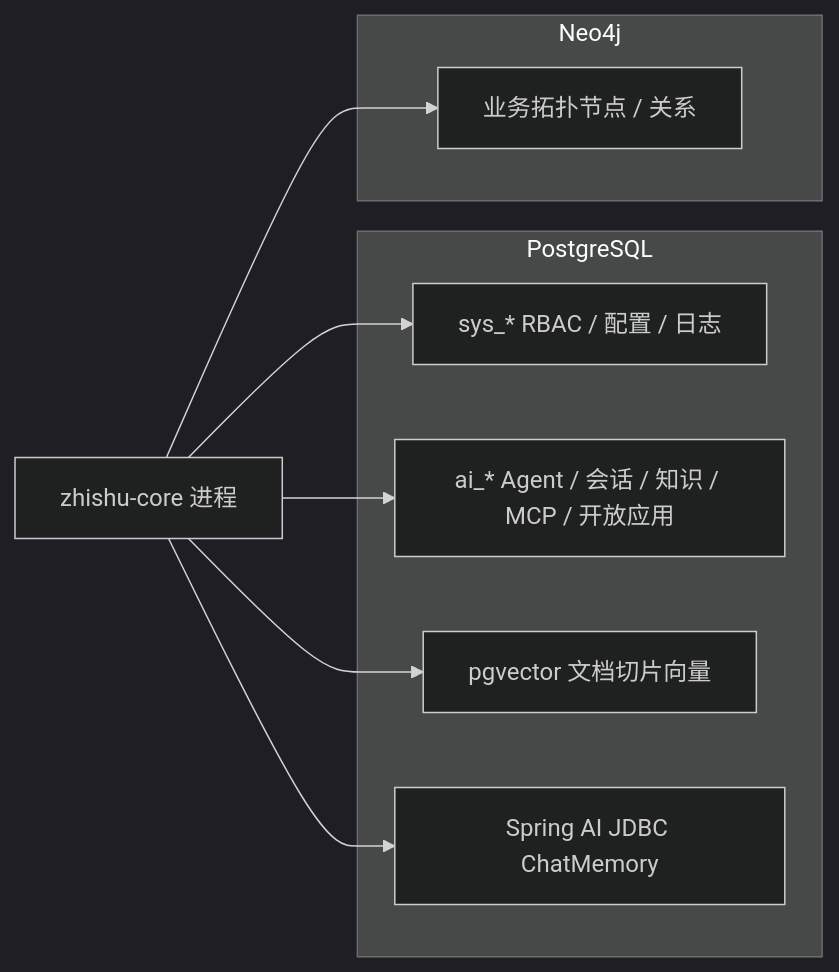
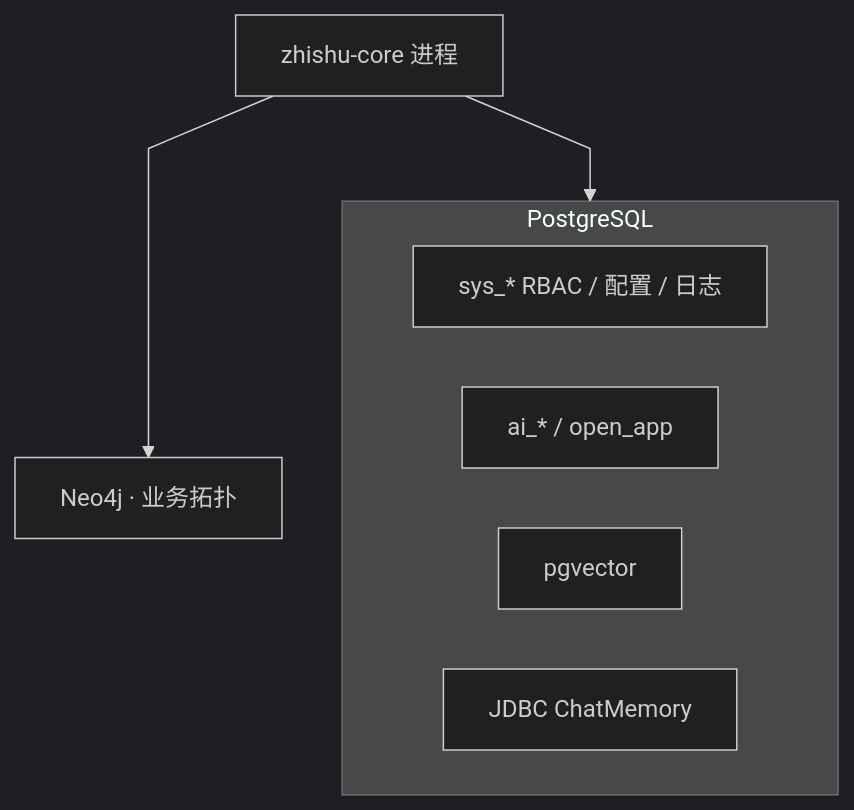
Diagram 11 of 11 in zhishu-backend/README.md (DataFutureX/zhishu-integrable-framework), drawn with Mermaid (dark theme) before and after one commit. The commit also changed other lines of this file and 83 other files, not shown here.

````diff
--- a/zhishu-backend/README.md
+++ b/zhishu-backend/README.md
@@ -330,19 +518,18 @@
 ```mermaid
-flowchart LR
+%%{init: {"flowchart": {"nodeSpacing": 40, "rankSpacing": 70, "curve": "linear"}}}%%
+flowchart TB
+  App["zhishu-core 进程"]
+
   subgraph PG["PostgreSQL"]
+    direction LR
     Sys["sys_* RBAC / 配置 / 日志"]
-    AITab["ai_* Agent / 会话 / 知识 / MCP / 开放应用"]
-    Vec["pgvector 文档切片向量"]
-    Mem["Spring AI JDBC ChatMemory"]
+    AITab["ai_* / open_app"]
+    Vec["pgvector"]
+    Mem["JDBC ChatMemory"]
   end
 
-  subgraph Graph["Neo4j"]
-    Nodes["业务拓扑节点 / 关系"]
-  end
+  Neo["Neo4j · 业务拓扑"]
 
-  App["zhishu-core 进程"] --> Sys
-  App --> AITab
-  App --> Vec
-  App --> Mem
-  App --> Nodes
+  App --> PG
+  App --> Neo
 ```
````
